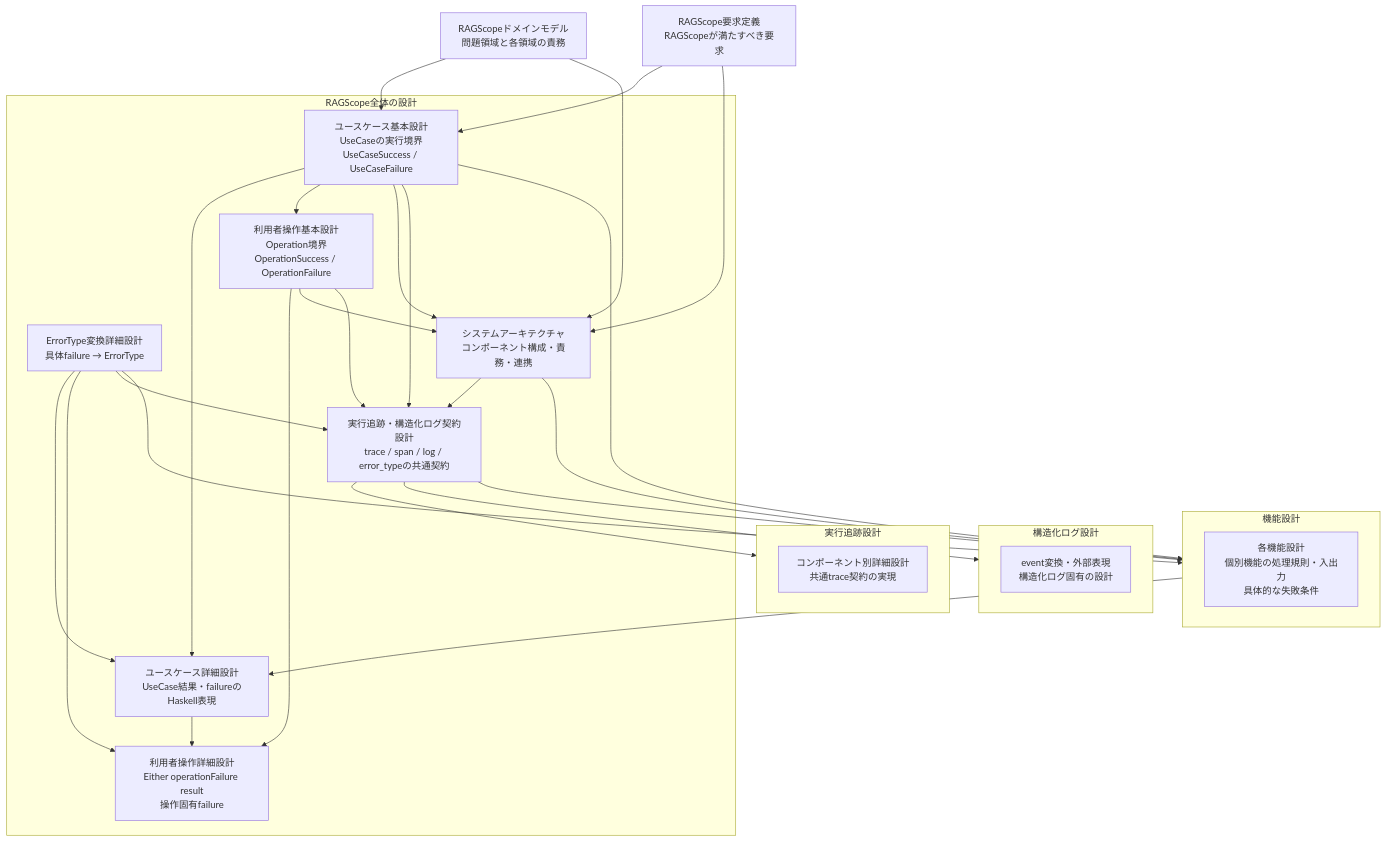
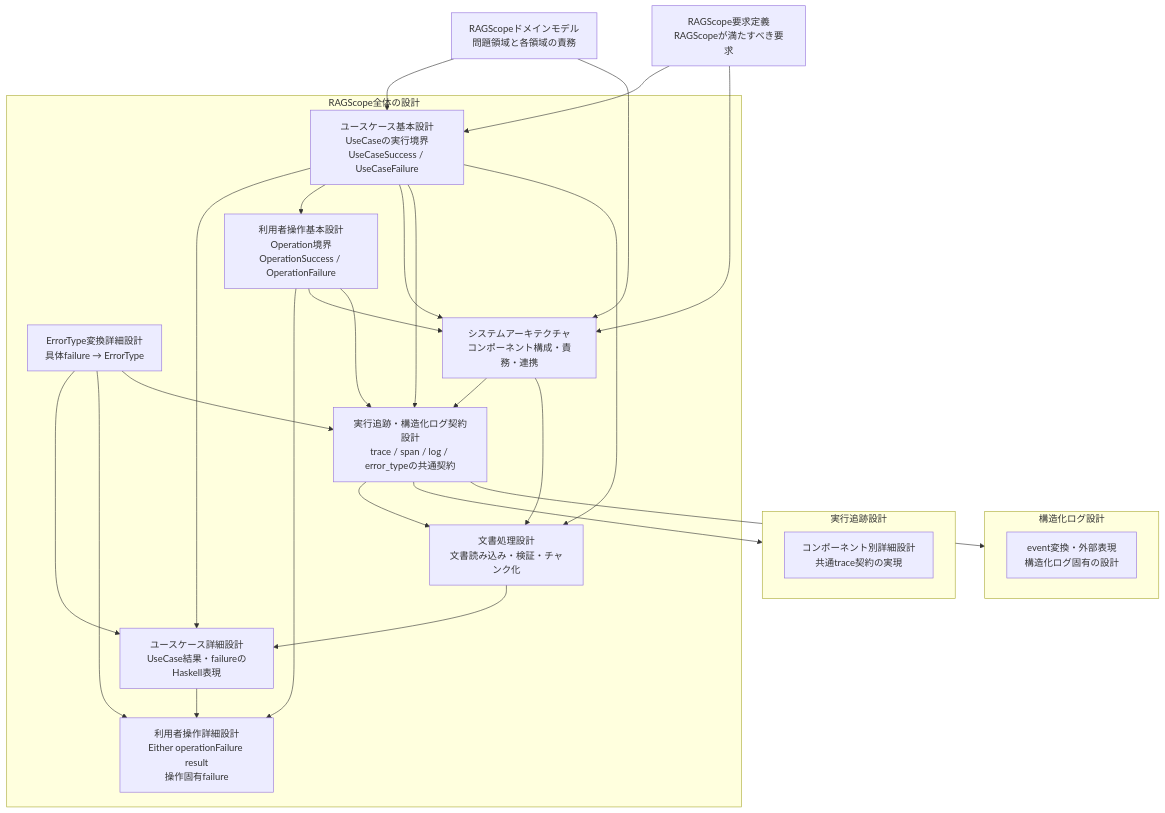
The diagram in project-docs/design/README.md (takashit16833/RAGScope), drawn with Mermaid before and after one commit. The commit also changed other lines of this file and 16 other files, not shown here.

````diff
--- a/project-docs/design/README.md
+++ b/project-docs/design/README.md
@@ -26,53 +26,48 @@
 ```mermaid
 flowchart TD
     Domain["RAGScopeドメインモデル<br>問題領域と各領域の責務"]
     Requirements["RAGScope要求定義<br>RAGScopeが満たすべき要求"]
 
     subgraph Core["RAGScope全体の設計"]
         UseCase["ユースケース基本設計<br>UseCaseの実行境界<br>UseCaseSuccess / UseCaseFailure"]
         UseCaseDetail["ユースケース詳細設計<br>UseCase結果・failureのHaskell表現"]
         ErrorTypeConversion["ErrorType変換詳細設計<br>具体failure → ErrorType"]
         Operation["利用者操作基本設計<br>Operation境界<br>OperationSuccess / OperationFailure"]
         OperationDetail["利用者操作詳細設計<br>Either operationFailure result<br>操作固有failure"]
         Architecture["システムアーキテクチャ<br>コンポーネント構成・責務・連携"]
         ObservabilityContract["実行追跡・構造化ログ契約設計<br>trace / span / log / error_typeの共通契約"]
+        DocumentProcessing["文書処理設計<br>文書読み込み・検証・チャンク化"]
         UseCase --> UseCaseDetail
         UseCase --> Operation
         Operation --> OperationDetail
         UseCaseDetail --> OperationDetail
         ErrorTypeConversion --> UseCaseDetail
         ErrorTypeConversion --> OperationDetail
         UseCase --> Architecture
         Operation --> Architecture
         Operation --> ObservabilityContract
         UseCase --> ObservabilityContract
         ErrorTypeConversion --> ObservabilityContract
         Architecture --> ObservabilityContract
-    end
-
-    subgraph Features["機能設計"]
-        FeatureDesigns["各機能設計<br>個別機能の処理規則・入出力<br>具体的な失敗条件"]
+        Architecture --> DocumentProcessing
+        UseCase --> DocumentProcessing
+        DocumentProcessing --> UseCaseDetail
+        ObservabilityContract --> DocumentProcessing
     end
 
     subgraph Tracing["実行追跡設計"]
         TracingDesigns["コンポーネント別詳細設計<br>共通trace契約の実現"]
     end
 
     subgraph Logging["構造化ログ設計"]
         LoggingDesigns["event変換・外部表現<br>構造化ログ固有の設計"]
     end
 
     Domain --> UseCase
     Requirements --> UseCase
     Domain --> Architecture
     Requirements --> Architecture
 
-    Architecture --> Features
-    UseCase --> Features
-    ErrorTypeConversion --> Features
-    Features --> UseCaseDetail
-
     ObservabilityContract --> Tracing
     ObservabilityContract --> Logging
-    ObservabilityContract --> Features
 ```
````
